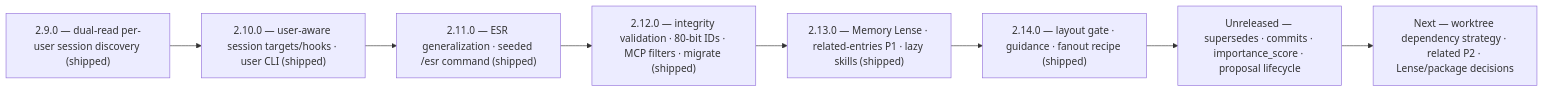
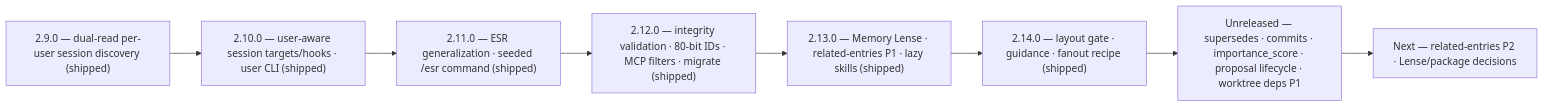
Before and after one commit to jnl-tshi/memory-seed: the eighth of 8 diagrams in docs/functionality-audit.md, drawn with Mermaid. The commit also changed other lines of this file and 7 other files, not shown here.

First line of the commit message:
Add worktree dependency strategy Phase 1 to agent_collaboration skill

````diff
--- a/docs/functionality-audit.md
+++ b/docs/functionality-audit.md
@@ -417,12 +417,12 @@
 ```mermaid
 graph LR
   V29["2.9.0 — dual-read per-user session discovery (shipped)"]
   V210["2.10.0 — user-aware session targets/hooks · user CLI (shipped)"]
   V211["2.11.0 — ESR generalization · seeded /esr command (shipped)"]
   V212["2.12.0 — integrity validation · 80-bit IDs · MCP filters · migrate (shipped)"]
   V213["2.13.0 — Memory Lense · related-entries P1 · lazy skills (shipped)"]
   V214["2.14.0 — layout gate · guidance · fanout recipe (shipped)"]
-  VNext["Unreleased — supersedes · commits · importance_score · proposal lifecycle"]
-  V30["Next — worktree dependency strategy · related P2 · Lense/package decisions"]
+  VNext["Unreleased — supersedes · commits · importance_score · proposal lifecycle · worktree deps P1"]
+  V30["Next — related-entries P2 · Lense/package decisions"]
   V29 --> V210 --> V211 --> V212 --> V213 --> V214 --> VNext --> V30
 ```
````
